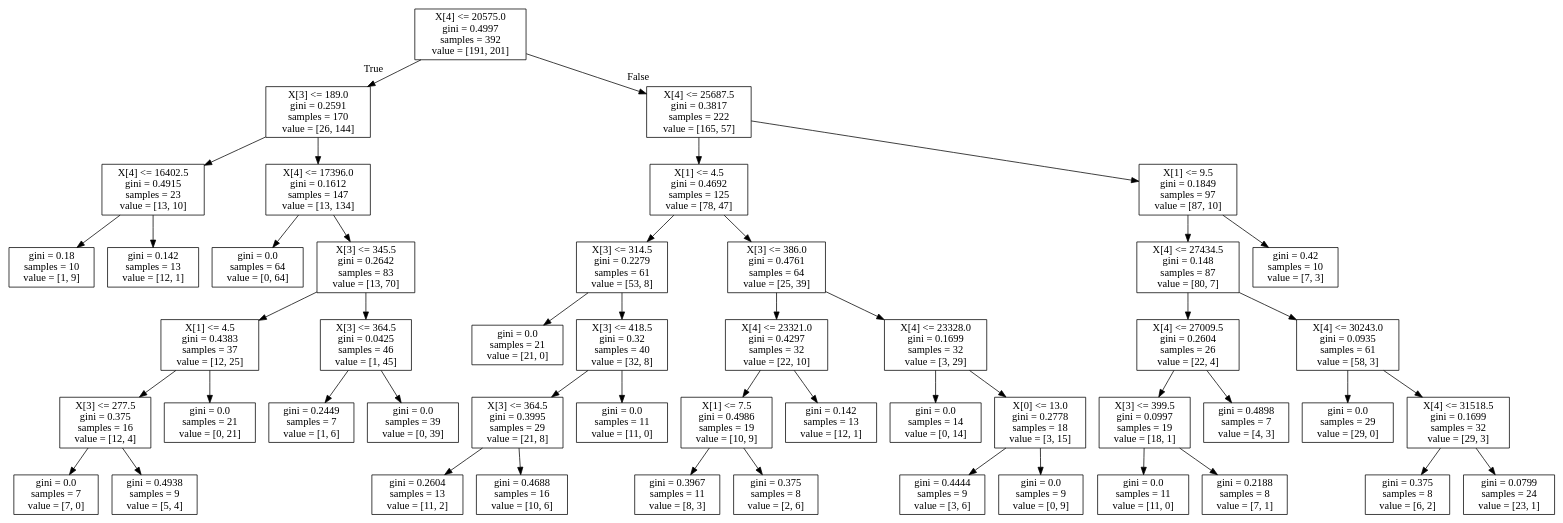
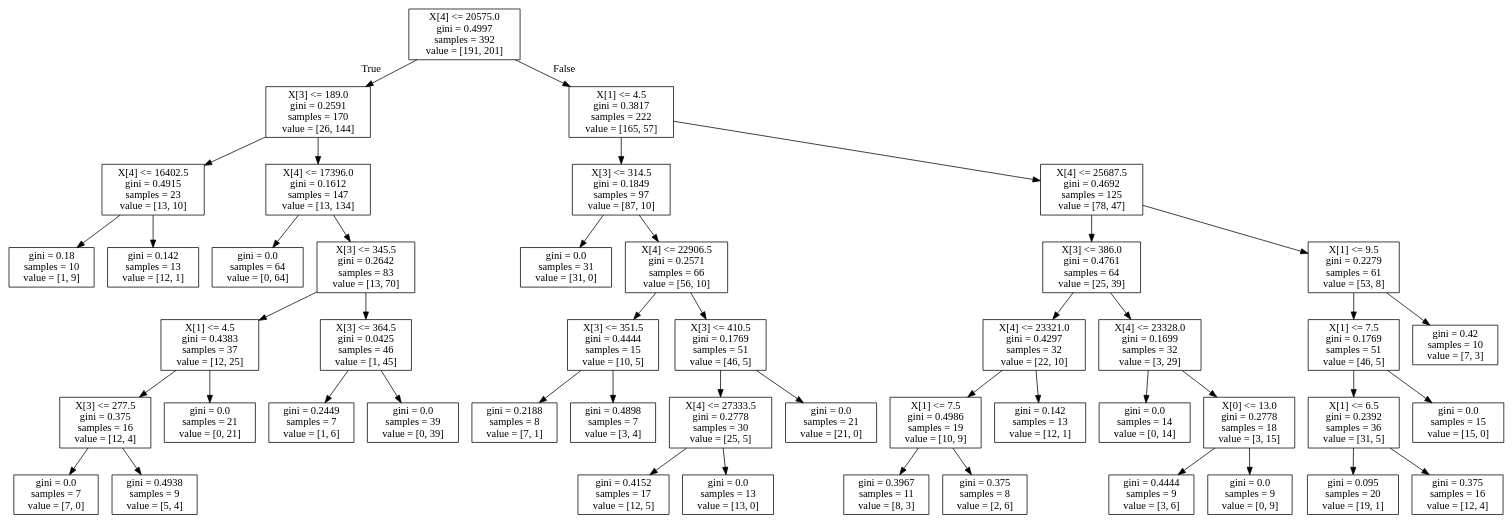
One commit to cmcollander/NaoLego changed the diagram in NaoDecisionTree.dot. Above: the diagram before and after it, drawn with Graphviz. The commit also changed 3 other files, not shown here.

```diff
--- a/NaoDecisionTree.dot
+++ b/NaoDecisionTree.dot
@@ -1,100 +1,96 @@
 digraph Tree {
 node [shape=box] ;
 0 [label="X[4] <= 20575.0\ngini = 0.4997\nsamples = 392\nvalue = [191, 201]"] ;
 1 [label="X[3] <= 189.0\ngini = 0.2591\nsamples = 170\nvalue = [26, 144]"] ;
 0 -> 1 [labeldistance=2.5, labelangle=45, headlabel="True"] ;
 2 [label="X[4] <= 16402.5\ngini = 0.4915\nsamples = 23\nvalue = [13, 10]"] ;
 1 -> 2 ;
 3 [label="gini = 0.18\nsamples = 10\nvalue = [1, 9]"] ;
 2 -> 3 ;
 4 [label="gini = 0.142\nsamples = 13\nvalue = [12, 1]"] ;
 2 -> 4 ;
 5 [label="X[4] <= 17396.0\ngini = 0.1612\nsamples = 147\nvalue = [13, 134]"] ;
 1 -> 5 ;
 6 [label="gini = 0.0\nsamples = 64\nvalue = [0, 64]"] ;
 5 -> 6 ;
 7 [label="X[3] <= 345.5\ngini = 0.2642\nsamples = 83\nvalue = [13, 70]"] ;
 5 -> 7 ;
 8 [label="X[1] <= 4.5\ngini = 0.4383\nsamples = 37\nvalue = [12, 25]"] ;
 7 -> 8 ;
 9 [label="X[3] <= 277.5\ngini = 0.375\nsamples = 16\nvalue = [12, 4]"] ;
 8 -> 9 ;
 10 [label="gini = 0.0\nsamples = 7\nvalue = [7, 0]"] ;
 9 -> 10 ;
 11 [label="gini = 0.4938\nsamples = 9\nvalue = [5, 4]"] ;
 9 -> 11 ;
 12 [label="gini = 0.0\nsamples = 21\nvalue = [0, 21]"] ;
 8 -> 12 ;
 13 [label="X[3] <= 364.5\ngini = 0.0425\nsamples = 46\nvalue = [1, 45]"] ;
 7 -> 13 ;
 14 [label="gini = 0.2449\nsamples = 7\nvalue = [1, 6]"] ;
 13 -> 14 ;
 15 [label="gini = 0.0\nsamples = 39\nvalue = [0, 39]"] ;
 13 -> 15 ;
-16 [label="X[4] <= 25687.5\ngini = 0.3817\nsamples = 222\nvalue = [165, 57]"] ;
+16 [label="X[1] <= 4.5\ngini = 0.3817\nsamples = 222\nvalue = [165, 57]"] ;
 0 -> 16 [labeldistance=2.5, labelangle=-45, headlabel="False"] ;
-17 [label="X[1] <= 4.5\ngini = 0.4692\nsamples = 125\nvalue = [78, 47]"] ;
+17 [label="X[3] <= 314.5\ngini = 0.1849\nsamples = 97\nvalue = [87, 10]"] ;
 16 -> 17 ;
-18 [label="X[3] <= 314.5\ngini = 0.2279\nsamples = 61\nvalue = [53, 8]"] ;
+18 [label="gini = 0.0\nsamples = 31\nvalue = [31, 0]"] ;
 17 -> 18 ;
-19 [label="gini = 0.0\nsamples = 21\nvalue = [21, 0]"] ;
-18 -> 19 ;
-20 [label="X[3] <= 418.5\ngini = 0.32\nsamples = 40\nvalue = [32, 8]"] ;
-18 -> 20 ;
-21 [label="X[3] <= 364.5\ngini = 0.3995\nsamples = 29\nvalue = [21, 8]"] ;
+19 [label="X[4] <= 22906.5\ngini = 0.2571\nsamples = 66\nvalue = [56, 10]"] ;
+17 -> 19 ;
+20 [label="X[3] <= 351.5\ngini = 0.4444\nsamples = 15\nvalue = [10, 5]"] ;
+19 -> 20 ;
+21 [label="gini = 0.2188\nsamples = 8\nvalue = [7, 1]"] ;
 20 -> 21 ;
-22 [label="gini = 0.2604\nsamples = 13\nvalue = [11, 2]"] ;
-21 -> 22 ;
-23 [label="gini = 0.4688\nsamples = 16\nvalue = [10, 6]"] ;
-21 -> 23 ;
-24 [label="gini = 0.0\nsamples = 11\nvalue = [11, 0]"] ;
-20 -> 24 ;
-25 [label="X[3] <= 386.0\ngini = 0.4761\nsamples = 64\nvalue = [25, 39]"] ;
-17 -> 25 ;
-26 [label="X[4] <= 23321.0\ngini = 0.4297\nsamples = 32\nvalue = [22, 10]"] ;
-25 -> 26 ;
-27 [label="X[1] <= 7.5\ngini = 0.4986\nsamples = 19\nvalue = [10, 9]"] ;
-26 -> 27 ;
-28 [label="gini = 0.3967\nsamples = 11\nvalue = [8, 3]"] ;
-27 -> 28 ;
-29 [label="gini = 0.375\nsamples = 8\nvalue = [2, 6]"] ;
-27 -> 29 ;
-30 [label="gini = 0.142\nsamples = 13\nvalue = [12, 1]"] ;
-26 -> 30 ;
-31 [label="X[4] <= 23328.0\ngini = 0.1699\nsamples = 32\nvalue = [3, 29]"] ;
-25 -> 31 ;
-32 [label="gini = 0.0\nsamples = 14\nvalue = [0, 14]"] ;
+22 [label="gini = 0.4898\nsamples = 7\nvalue = [3, 4]"] ;
+20 -> 22 ;
+23 [label="X[3] <= 410.5\ngini = 0.1769\nsamples = 51\nvalue = [46, 5]"] ;
+19 -> 23 ;
+24 [label="X[4] <= 27333.5\ngini = 0.2778\nsamples = 30\nvalue = [25, 5]"] ;
+23 -> 24 ;
+25 [label="gini = 0.4152\nsamples = 17\nvalue = [12, 5]"] ;
+24 -> 25 ;
+26 [label="gini = 0.0\nsamples = 13\nvalue = [13, 0]"] ;
+24 -> 26 ;
+27 [label="gini = 0.0\nsamples = 21\nvalue = [21, 0]"] ;
+23 -> 27 ;
+28 [label="X[4] <= 25687.5\ngini = 0.4692\nsamples = 125\nvalue = [78, 47]"] ;
+16 -> 28 ;
+29 [label="X[3] <= 386.0\ngini = 0.4761\nsamples = 64\nvalue = [25, 39]"] ;
+28 -> 29 ;
+30 [label="X[4] <= 23321.0\ngini = 0.4297\nsamples = 32\nvalue = [22, 10]"] ;
+29 -> 30 ;
+31 [label="X[1] <= 7.5\ngini = 0.4986\nsamples = 19\nvalue = [10, 9]"] ;
+30 -> 31 ;
+32 [label="gini = 0.3967\nsamples = 11\nvalue = [8, 3]"] ;
 31 -> 32 ;
-33 [label="X[0] <= 13.0\ngini = 0.2778\nsamples = 18\nvalue = [3, 15]"] ;
+33 [label="gini = 0.375\nsamples = 8\nvalue = [2, 6]"] ;
 31 -> 33 ;
-34 [label="gini = 0.4444\nsamples = 9\nvalue = [3, 6]"] ;
-33 -> 34 ;
-35 [label="gini = 0.0\nsamples = 9\nvalue = [0, 9]"] ;
-33 -> 35 ;
-36 [label="X[1] <= 9.5\ngini = 0.1849\nsamples = 97\nvalue = [87, 10]"] ;
-16 -> 36 ;
-37 [label="X[4] <= 27434.5\ngini = 0.148\nsamples = 87\nvalue = [80, 7]"] ;
-36 -> 37 ;
-38 [label="X[4] <= 27009.5\ngini = 0.2604\nsamples = 26\nvalue = [22, 4]"] ;
+34 [label="gini = 0.142\nsamples = 13\nvalue = [12, 1]"] ;
+30 -> 34 ;
+35 [label="X[4] <= 23328.0\ngini = 0.1699\nsamples = 32\nvalue = [3, 29]"] ;
+29 -> 35 ;
+36 [label="gini = 0.0\nsamples = 14\nvalue = [0, 14]"] ;
+35 -> 36 ;
+37 [label="X[0] <= 13.0\ngini = 0.2778\nsamples = 18\nvalue = [3, 15]"] ;
+35 -> 37 ;
+38 [label="gini = 0.4444\nsamples = 9\nvalue = [3, 6]"] ;
 37 -> 38 ;
-39 [label="X[3] <= 399.5\ngini = 0.0997\nsamples = 19\nvalue = [18, 1]"] ;
-38 -> 39 ;
-40 [label="gini = 0.0\nsamples = 11\nvalue = [11, 0]"] ;
-39 -> 40 ;
-41 [label="gini = 0.2188\nsamples = 8\nvalue = [7, 1]"] ;
-39 -> 41 ;
-42 [label="gini = 0.4898\nsamples = 7\nvalue = [4, 3]"] ;
-38 -> 42 ;
-43 [label="X[4] <= 30243.0\ngini = 0.0935\nsamples = 61\nvalue = [58, 3]"] ;
-37 -> 43 ;
-44 [label="gini = 0.0\nsamples = 29\nvalue = [29, 0]"] ;
-43 -> 44 ;
-45 [label="X[4] <= 31518.5\ngini = 0.1699\nsamples = 32\nvalue = [29, 3]"] ;
-43 -> 45 ;
-46 [label="gini = 0.375\nsamples = 8\nvalue = [6, 2]"] ;
-45 -> 46 ;
-47 [label="gini = 0.0799\nsamples = 24\nvalue = [23, 1]"] ;
-45 -> 47 ;
-48 [label="gini = 0.42\nsamples = 10\nvalue = [7, 3]"] ;
-36 -> 48 ;
+39 [label="gini = 0.0\nsamples = 9\nvalue = [0, 9]"] ;
+37 -> 39 ;
+40 [label="X[1] <= 9.5\ngini = 0.2279\nsamples = 61\nvalue = [53, 8]"] ;
+28 -> 40 ;
+41 [label="X[1] <= 7.5\ngini = 0.1769\nsamples = 51\nvalue = [46, 5]"] ;
+40 -> 41 ;
+42 [label="X[1] <= 6.5\ngini = 0.2392\nsamples = 36\nvalue = [31, 5]"] ;
+41 -> 42 ;
+43 [label="gini = 0.095\nsamples = 20\nvalue = [19, 1]"] ;
+42 -> 43 ;
+44 [label="gini = 0.375\nsamples = 16\nvalue = [12, 4]"] ;
+42 -> 44 ;
+45 [label="gini = 0.0\nsamples = 15\nvalue = [15, 0]"] ;
+41 -> 45 ;
+46 [label="gini = 0.42\nsamples = 10\nvalue = [7, 3]"] ;
+40 -> 46 ;
 }
```
